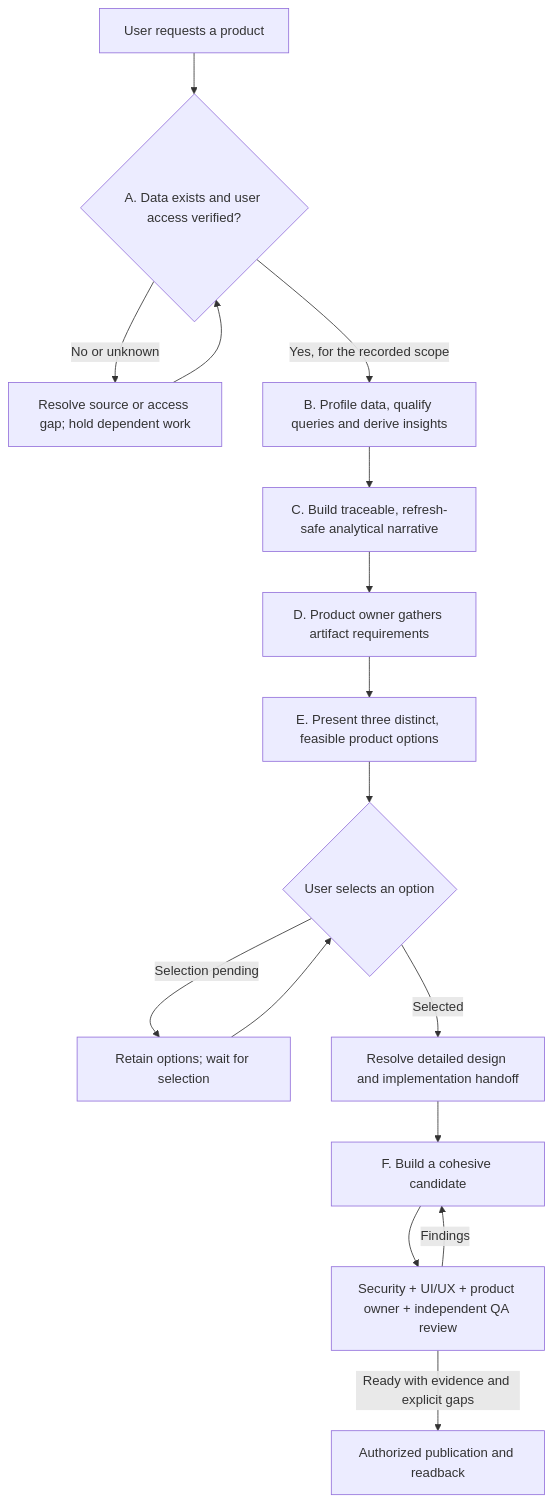
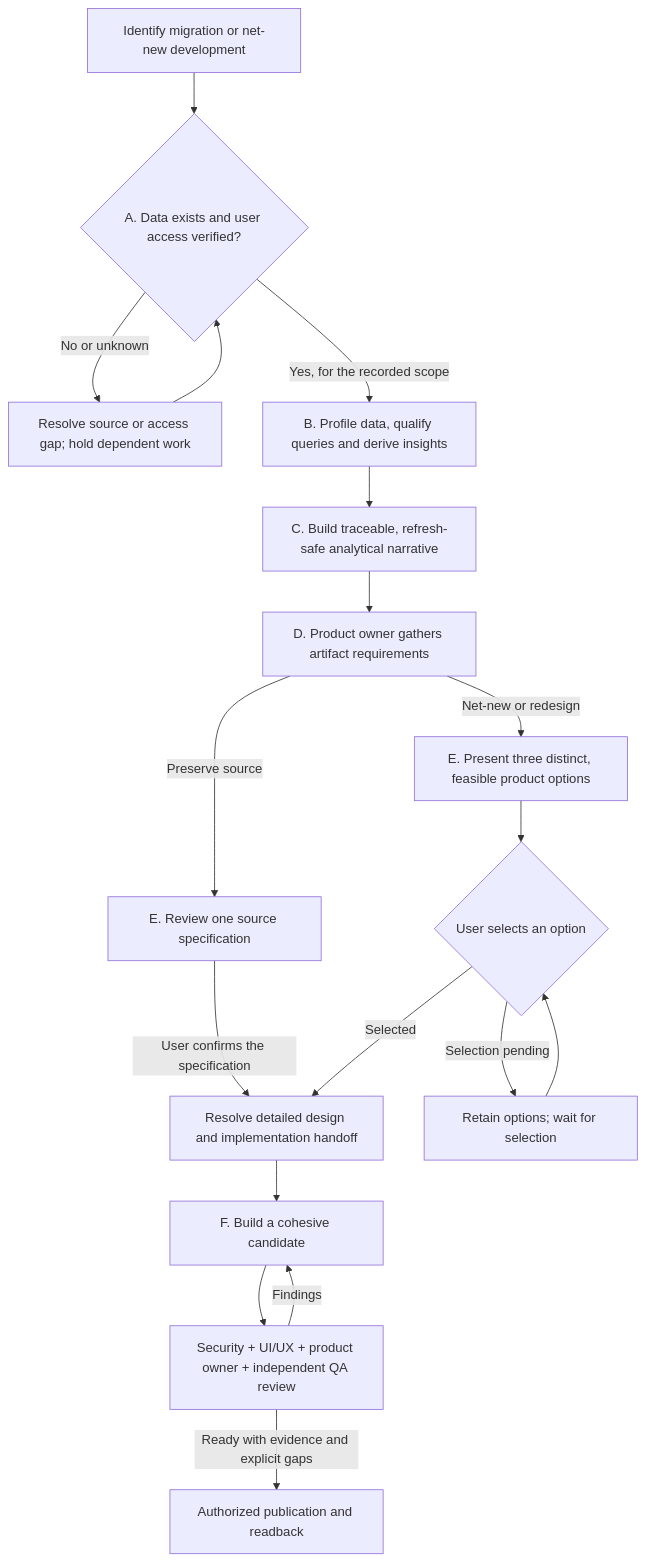
One commit to exploreomni/Omni-Artifact-Accelerator changed the diagram in skills/omni-artifact-accelerator/references/data-first-product-workflow.md. Above: the diagram before and after it, drawn with Mermaid. The commit also changed other lines of this file and 75 other files, not shown here.

````diff
--- a/skills/omni-artifact-accelerator/references/data-first-product-workflow.md
+++ b/skills/omni-artifact-accelerator/references/data-first-product-workflow.md
@@ -21,18 +16,20 @@
 ```mermaid
 flowchart TD
-    U[User requests a product] --> A{A. Data exists and user access verified?}
+    U[Identify migration or net-new development] --> A{A. Data exists and user access verified?}
     A -->|No or unknown| H[Resolve source or access gap; hold dependent work]
     H --> A
     A -->|Yes, for the recorded scope| B[B. Profile data, qualify queries and derive insights]
     B --> C[C. Build traceable, refresh-safe analytical narrative]
     C --> D[D. Product owner gathers artifact requirements]
-    D --> E[E. Present three distinct, feasible product options]
+    D -->|Preserve source| M[E. Review one source specification]
+    M -->|User confirms the specification| P
+    D -->|Net-new or redesign| E[E. Present three distinct, feasible product options]
     E --> S{User selects an option}
     S -->|Selection pending| W[Retain options; wait for selection]
     W --> S
     S -->|Selected| P[Resolve detailed design and implementation handoff]
     P --> F[F. Build a cohesive candidate]
     F --> R[Security + UI/UX + product owner + independent QA review]
     R -->|Findings| F
     R -->|Ready with evidence and explicit gaps| V[Authorized publication and readback]
 ```
````
